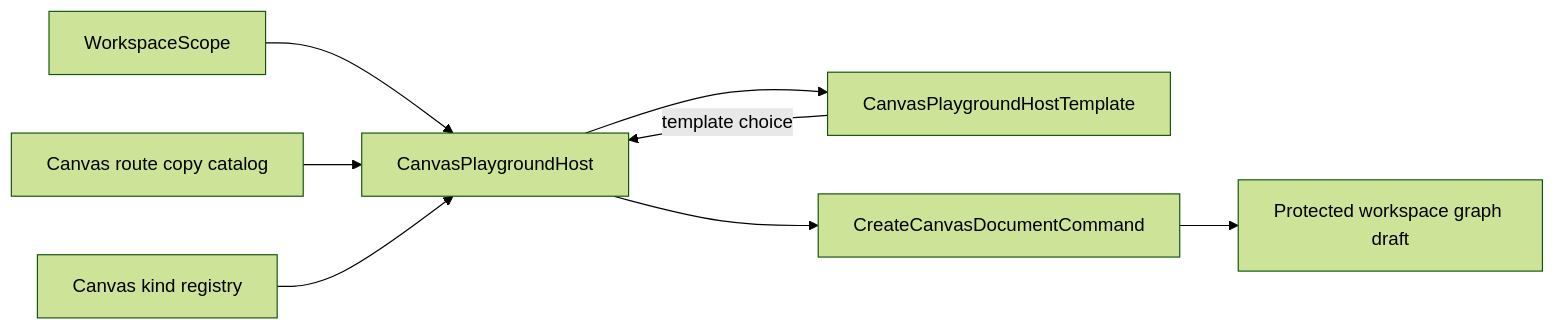
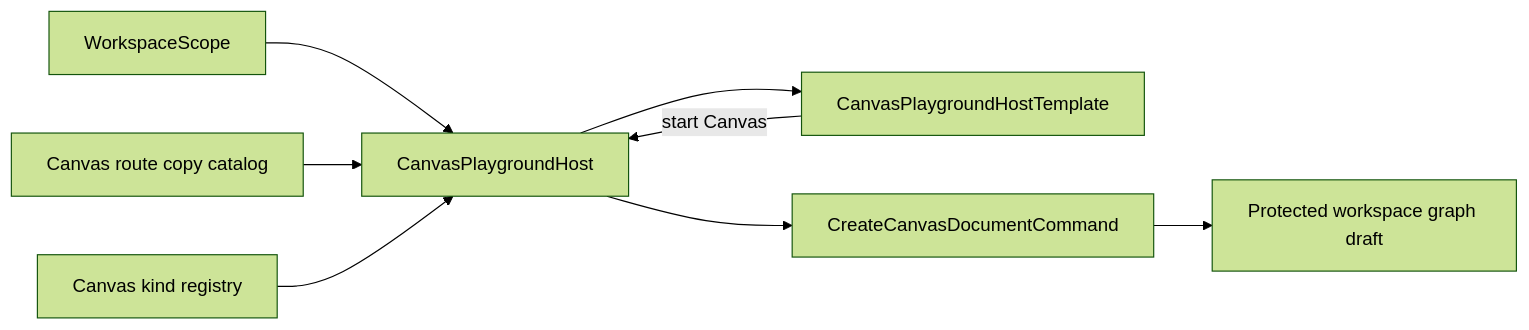
Before and after one commit to dunay2/dvt: the second of 4 diagrams in docs/architecture/components/web/graph/canvas-startup-template-selection-component.md, drawn with Mermaid (forest theme). The commit also changed other lines of this file and 21 other files, not shown here.

Commit message:
fix(web): Remove Canvas template choice and false access warnings (#2997)

````diff
--- a/docs/architecture/components/web/graph/canvas-startup-template-selection-component.md
+++ b/docs/architecture/components/web/graph/canvas-startup-template-selection-component.md
@@ -68,18 +60,18 @@
 ```mermaid
 flowchart LR
   Scope["WorkspaceScope"]
   Copy["Canvas route copy catalog"]
   Registry["Canvas kind registry"]
   Host["CanvasPlaygroundHost"]
   Template["CanvasPlaygroundHostTemplate"]
   Command["CreateCanvasDocumentCommand"]
   Draft["Protected workspace graph draft"]
 
   Scope --> Host
   Copy --> Host
   Registry --> Host
   Host --> Template
-  Template -->|template choice| Host
+  Template -->|start Canvas| Host
   Host --> Command
   Command --> Draft
 ```
````
